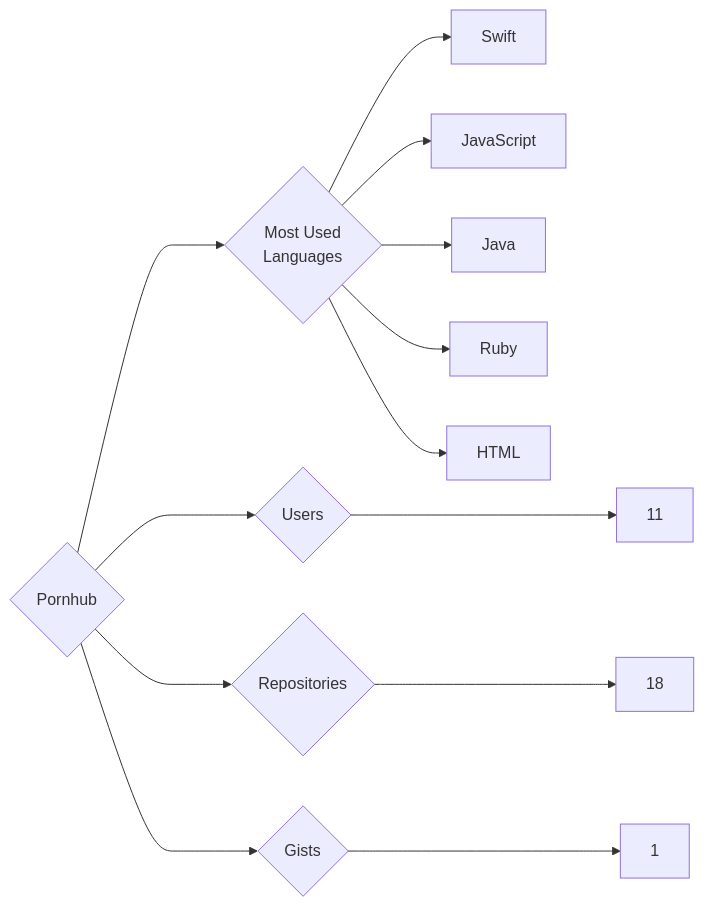
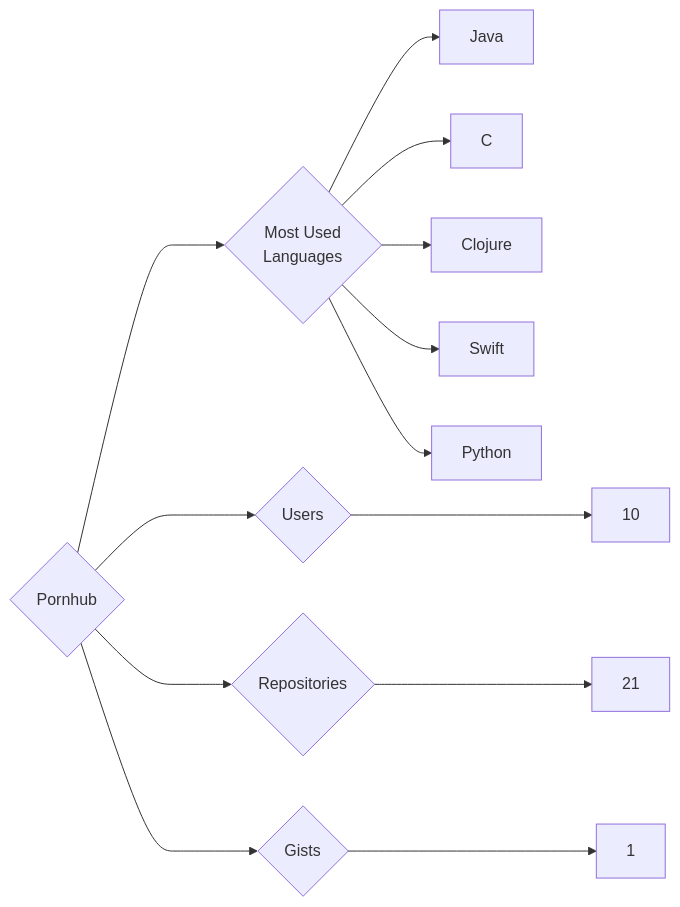
The diagram in targets/Pornhub/README.md (trickest/insiders), drawn with Mermaid before and after one commit. The commit also changed 965 other files, not shown here.

````diff
--- a/targets/Pornhub/README.md
+++ b/targets/Pornhub/README.md
@@ -3,13 +3,13 @@
 ```mermaid
 graph LR
 COMPANY_NAME{Pornhub}
-COMPANY_NAME ---> U{Users} ---> UN[11]
-COMPANY_NAME ---> R{Repositories} ---> RN[18]
+COMPANY_NAME ---> U{Users} ---> UN[10]
+COMPANY_NAME ---> R{Repositories} ---> RN[21]
 COMPANY_NAME ---> G{Gists} ---> GN[1]
 COMPANY_NAME ---> ML{Most Used<br>Languages}
+ML --> Java[Java]
+ML --> C[C]
+ML --> Clojure[Clojure]
 ML --> Swift[Swift]
-ML --> JavaScript[JavaScript]
-ML --> Java[Java]
-ML --> Ruby[Ruby]
-ML --> HTML[HTML]
+ML --> Python[Python]
 ```
````
